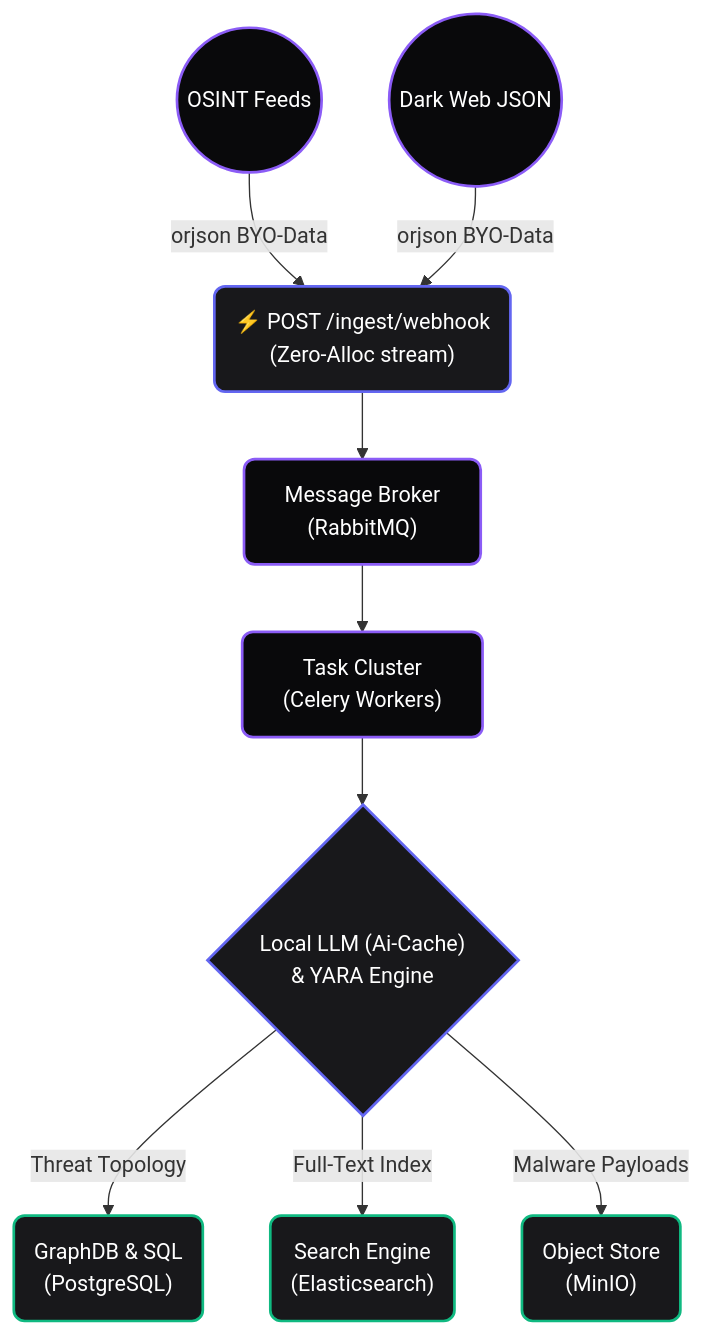
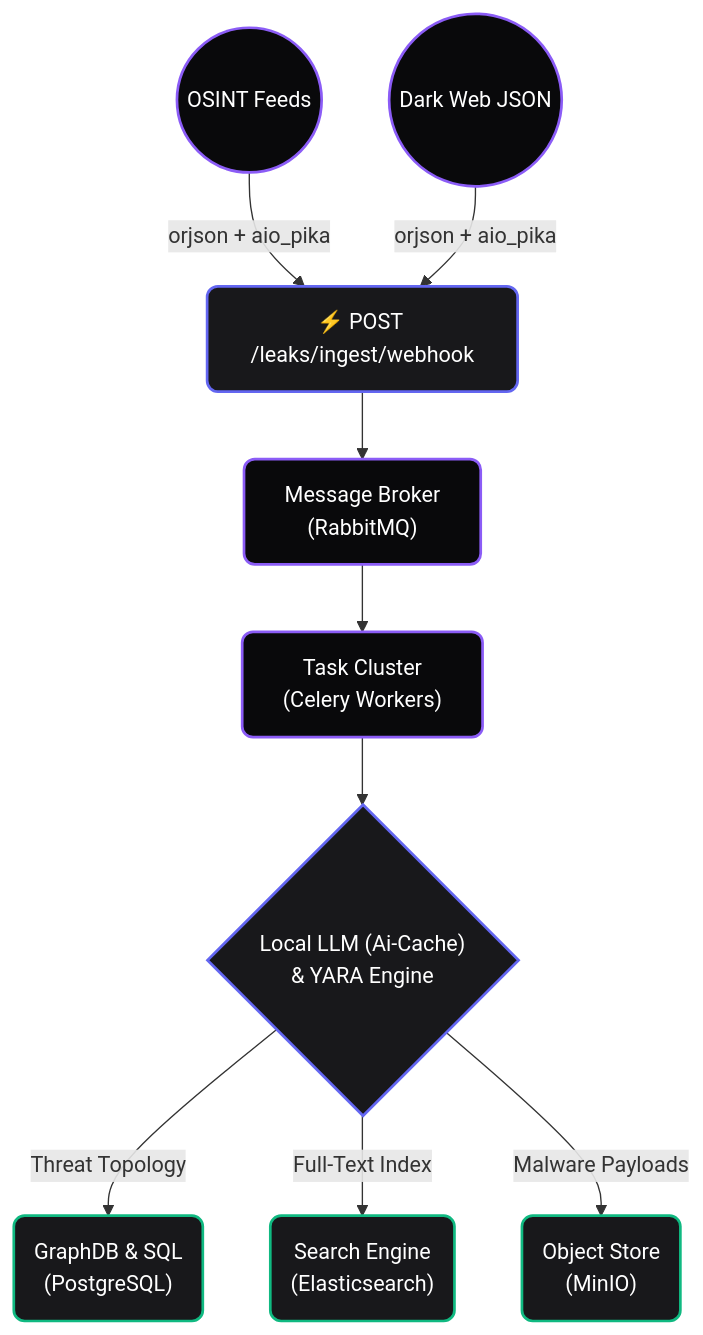
The diagram in README.md (fabriziosalmi/naso), drawn with Mermaid before and after one commit. The commit also changed other lines of this file and 12 other files, not shown here.

````diff
--- a/README.md
+++ b/README.md
@@ -49,22 +40,21 @@
 ```mermaid
 graph TD
-    %% FAANG Aesthetics
     classDef intel fill:#18181b,stroke:#6366f1,stroke-width:2px,color:#FFFFFF,rx:8,ry:8;
     classDef worker fill:#09090b,stroke:#8b5cf6,stroke-width:2px,color:#FFFFFF,rx:8,ry:8;
     classDef storage fill:#18181b,stroke:#10b981,stroke-width:2px,color:#FFFFFF,rx:8,ry:8;
-    
+
     A1((OSINT Feeds)):::worker
     A2((Dark Web JSON)):::worker
-    
-    B("⚡ POST /ingest/webhook \n(Zero-Alloc stream)"):::intel
-    A1 & A2 -->|orjson BYO-Data| B
-    
+
+    B("⚡ POST /leaks/ingest/webhook"):::intel
+    A1 & A2 -->|orjson + aio_pika| B
+
     B --> C["Message Broker\n(RabbitMQ)"]:::worker
     C --> D["Task Cluster\n(Celery Workers)"]:::worker
-    
-    D --> E{"Local LLM (Ai-Cache) \n& YARA Engine"}:::intel
-    
-    E -->|Threat Topology| F1("GraphDB & SQL \n(PostgreSQL)"):::storage
-    E -->|Full-Text Index| F2("Search Engine \n(Elasticsearch)"):::storage
-    E -->|Malware Payloads| F3("Object Store \n(MinIO)"):::storage
+
+    D --> E{"Local LLM (Ai-Cache)\n& YARA Engine"}:::intel
+
+    E -->|Threat Topology| F1("GraphDB & SQL\n(PostgreSQL)"):::storage
+    E -->|Full-Text Index| F2("Search Engine\n(Elasticsearch)"):::storage
+    E -->|Malware Payloads| F3("Object Store\n(MinIO)"):::storage
 ```
````
